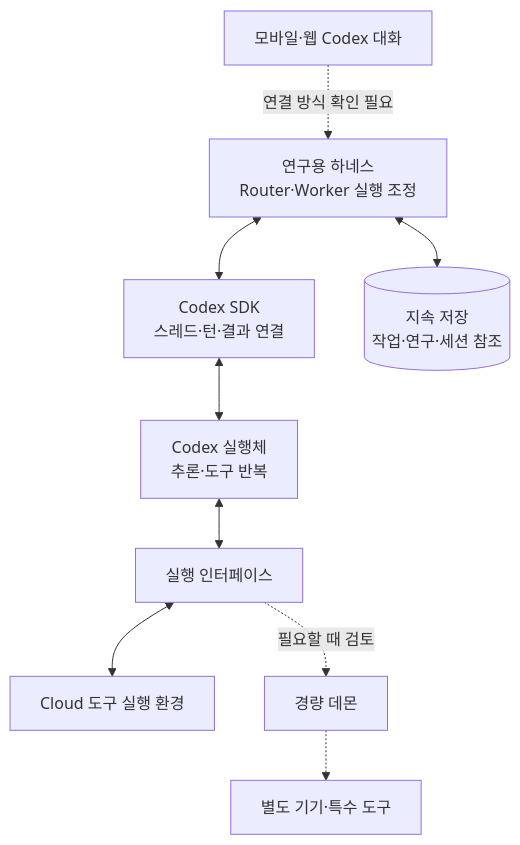
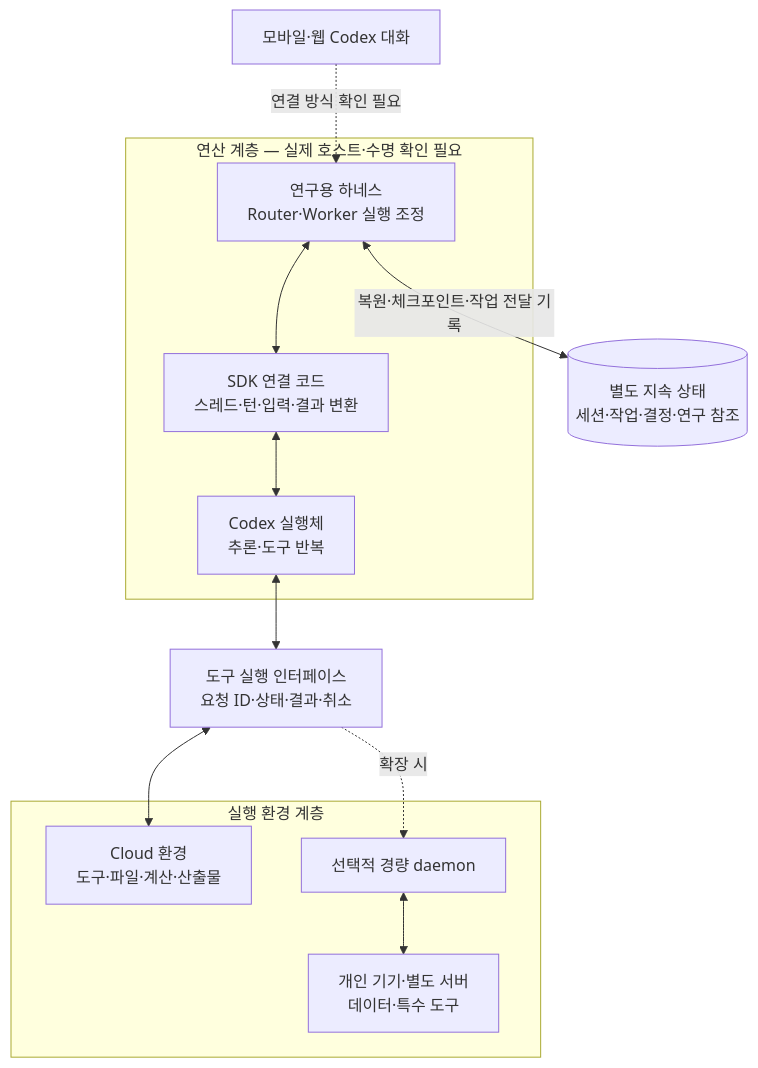
The eighth of 11 diagrams in docs/ARCHITECTURE.md (Rmayana/frontier-research-harness), drawn with Mermaid before and after one commit. The commit also changed other lines of this file and 1 other file, not shown here.

````diff
--- a/docs/ARCHITECTURE.md
+++ b/docs/ARCHITECTURE.md
@@ -162,11 +306,19 @@
 ```mermaid
 flowchart TB
-    U["모바일·웹 Codex 대화"] -. 연결 방식 확인 필요 .-> H["연구용 하네스<br/>Router·Worker 실행 조정"]
-    H <--> SDK["Codex SDK<br/>스레드·턴·결과 연결"]
-    SDK <--> CX["Codex 실행체<br/>추론·도구 반복"]
-    H <--> S[("지속 저장<br/>작업·연구·세션 참조")]
-    CX <--> E["실행 인터페이스"]
-    E <--> CLOUD["Cloud 도구 실행 환경"]
-    E -. 필요할 때 검토 .-> D["경량 데몬"]
-    D -.-> DEVICE["별도 기기·특수 도구"]
+    subgraph COMPUTE["연산 계층 — 실제 호스트·수명 확인 필요"]
+        H["연구용 하네스<br/>Router·Worker 실행 조정"]
+        SDK["SDK 연결 코드<br/>스레드·턴·입력·결과 변환"]
+        CX["Codex 실행체<br/>추론·도구 반복"]
+        H <--> SDK
+        SDK <--> CX
+    end
+    U["모바일·웹 Codex 대화"] -. 연결 방식 확인 필요 .-> H
+    H <-->|복원·체크포인트·작업 전달 기록| S[("별도 지속 상태<br/>세션·작업·결정·연구 참조")]
+    CX <--> I["도구 실행 인터페이스<br/>요청 ID·상태·결과·취소"]
+    subgraph ENV["실행 환경 계층"]
+        CLOUD["Cloud 환경<br/>도구·파일·계산·산출물"]
+        D["선택적 경량 daemon"] <--> DEVICE["개인 기기·별도 서버<br/>데이터·특수 도구"]
+    end
+    I <--> CLOUD
+    I -. 확장 시 .-> D
 ```
````
